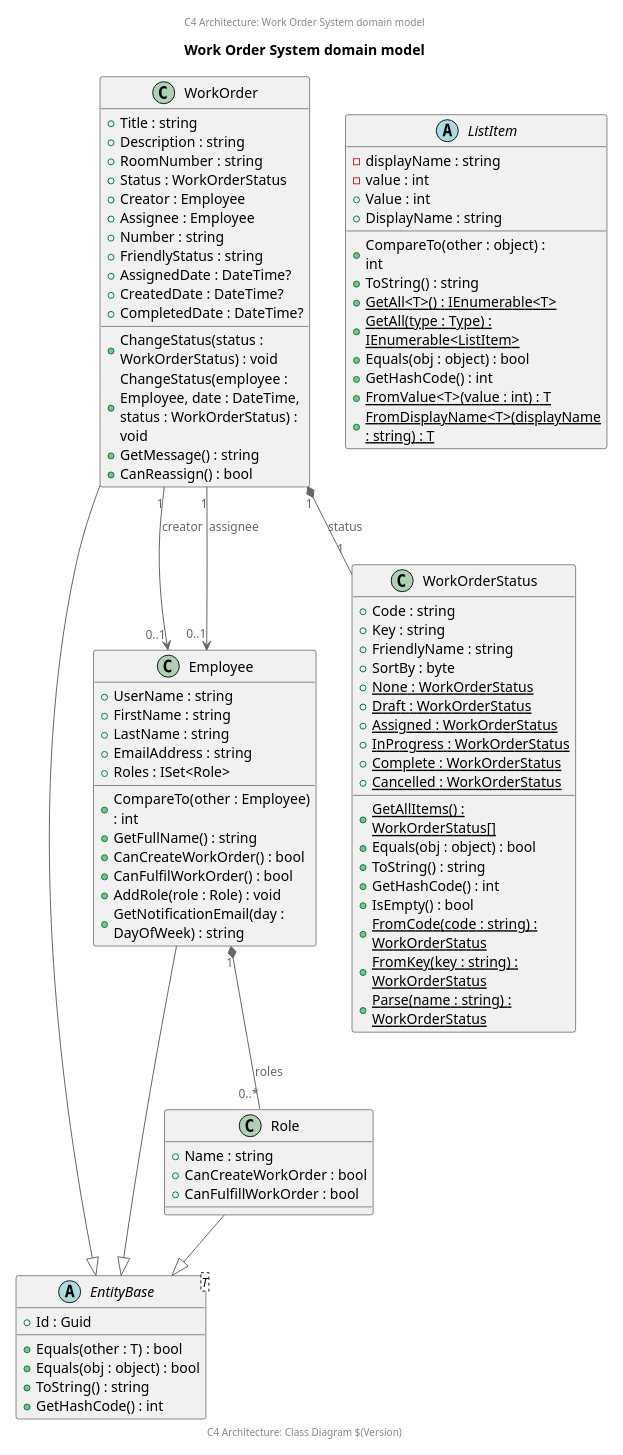
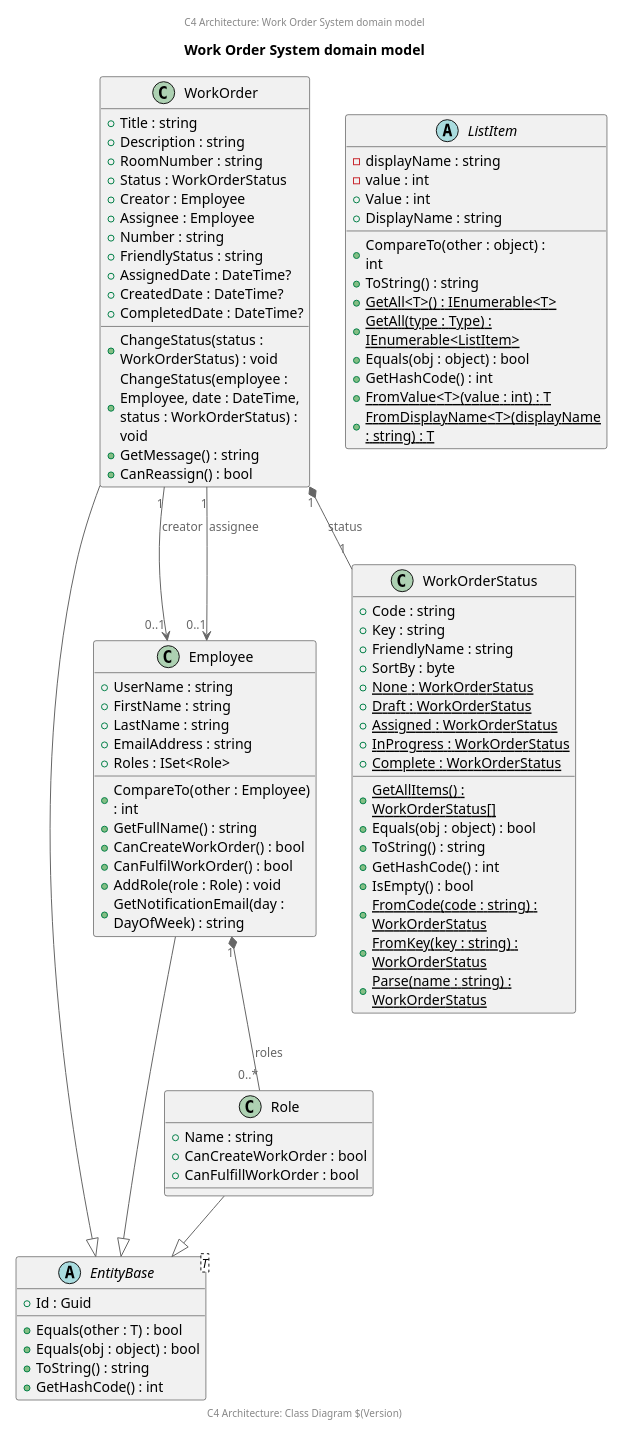
Before and after one commit to ClearMeasureLabs/bootcamp-palermo-workorders: the diagram in arch/arch-c4-class-domain-model.puml, drawn with PlantUML. The commit also changed 18 other files, not shown here.

First line of the commit message:
Remove Cancelled (CNL) work order status and all cancel transitions

```diff
--- a/arch/arch-c4-class-domain-model.puml
+++ b/arch/arch-c4-class-domain-model.puml
@@ -1,109 +1,108 @@
 @startuml
 
 scale 2/3
 'left to right direction
 center header
     C4 Architecture: Work Order System domain model
 endheader
 
 !includeurl https://raw.githubusercontent.com/RicardoNiepel/C4-PlantUML/master/C4_Component.puml
 
 title Work Order System domain model
 
 abstract class EntityBase<T> {
   +Id : Guid
   +Equals(other : T) : bool
   +Equals(obj : object) : bool
   +ToString() : string
   +GetHashCode() : int
 }
 
 class WorkOrder {
   +Title : string
   +Description : string
   +RoomNumber : string
   +Status : WorkOrderStatus
   +Creator : Employee
   +Assignee : Employee
   +Number : string
   +FriendlyStatus : string
   +AssignedDate : DateTime?
   +CreatedDate : DateTime?
   +CompletedDate : DateTime?
   +ChangeStatus(status : WorkOrderStatus) : void
   +ChangeStatus(employee : Employee, date : DateTime, status : WorkOrderStatus) : void
   +GetMessage() : string
   +CanReassign() : bool
 }
 
 class Employee {
   +UserName : string
   +FirstName : string
   +LastName : string
   +EmailAddress : string
   +Roles : ISet<Role>
   +CompareTo(other : Employee) : int
   +GetFullName() : string
   +CanCreateWorkOrder() : bool
   +CanFulfilWorkOrder() : bool
   +AddRole(role : Role) : void
   +GetNotificationEmail(day : DayOfWeek) : string
 }
 
 class WorkOrderStatus {
   +Code : string
   +Key : string
   +FriendlyName : string
   +SortBy : byte
   {static} +None : WorkOrderStatus
   {static} +Draft : WorkOrderStatus
   {static} +Assigned : WorkOrderStatus
   {static} +InProgress : WorkOrderStatus
   {static} +Complete : WorkOrderStatus
-  {static} +Cancelled : WorkOrderStatus
   {static} +GetAllItems() : WorkOrderStatus[]
   +Equals(obj : object) : bool
   +ToString() : string
   +GetHashCode() : int
   +IsEmpty() : bool
   {static} +FromCode(code : string) : WorkOrderStatus
   {static} +FromKey(key : string) : WorkOrderStatus
   {static} +Parse(name : string) : WorkOrderStatus
 }
 
 class Role {
   +Name : string
   +CanCreateWorkOrder : bool
   +CanFulfillWorkOrder : bool
 }
 
 abstract class ListItem {
   -displayName : string
   -value : int
   +Value : int
   +DisplayName : string
   +CompareTo(other : object) : int
   +ToString() : string
   {static} +GetAll<T>() : IEnumerable<T>
   {static} +GetAll(type : Type) : IEnumerable<ListItem>
   +Equals(obj : object) : bool
   +GetHashCode() : int
   {static} +FromValue<T>(value : int) : T
   {static} +FromDisplayName<T>(displayName : string) : T
 }
 
 ' Inheritance relationships
 WorkOrder --|> EntityBase
 Employee --|> EntityBase
 Role --|> EntityBase
 
 ' Associations
 WorkOrder "1" *-- "1" WorkOrderStatus : status
 WorkOrder "1" --> "0..1" Employee : creator
 WorkOrder "1" --> "0..1" Employee : assignee
 Employee "1" *-- "0..*" Role : roles
 
 center footer
     C4 Architecture: Class Diagram $(Version)
 endfooter
 @enduml
```
